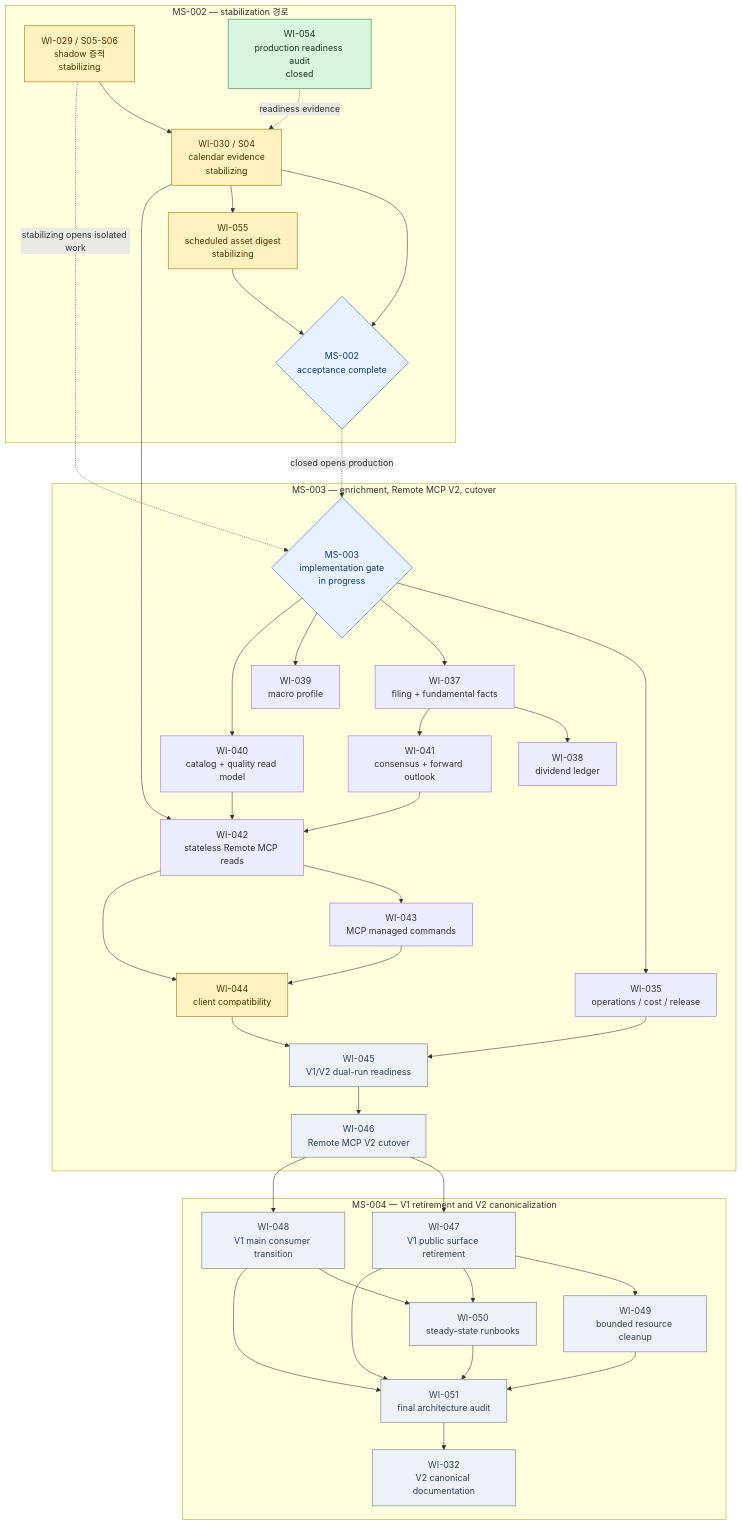
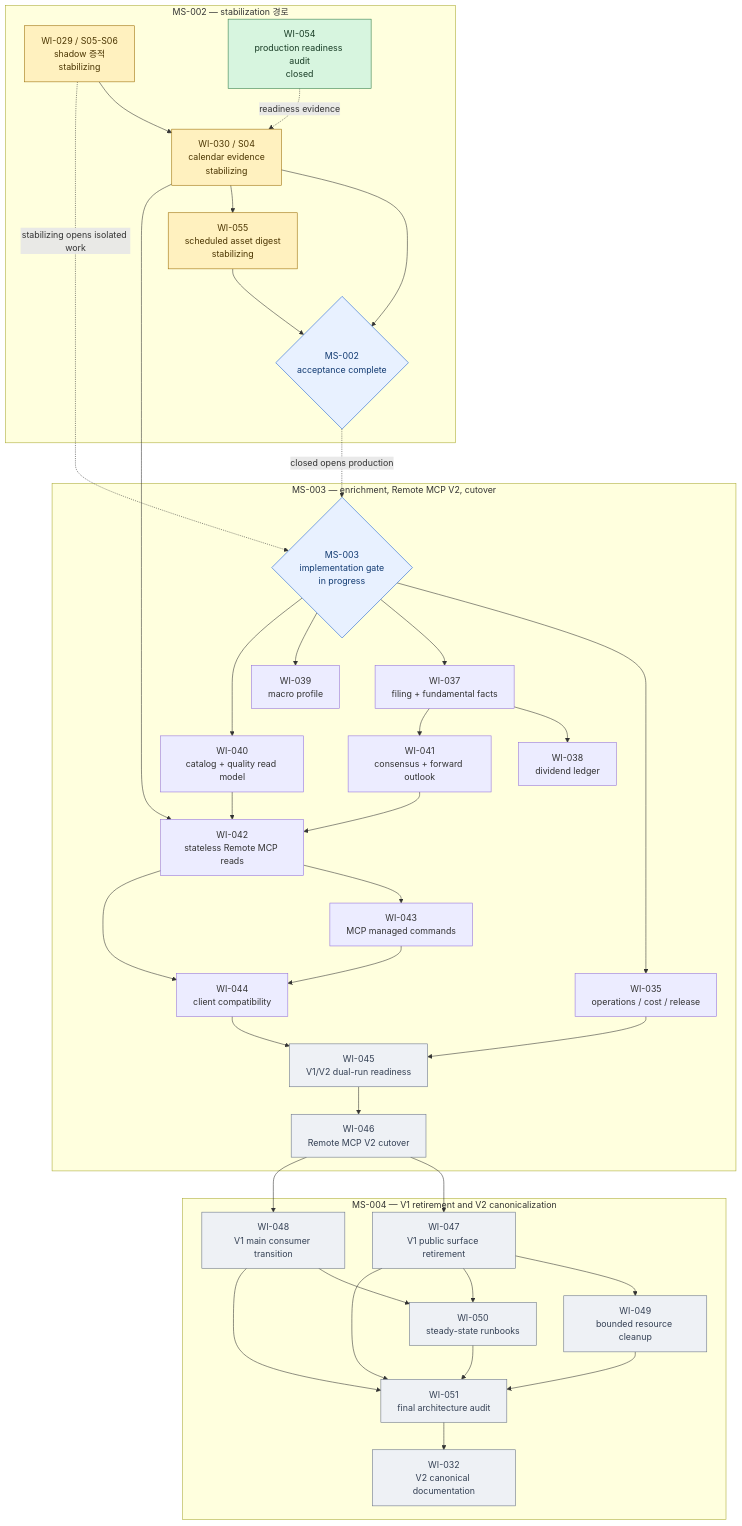
Before and after one commit to meringue5/KIS_Portfolio_MCP: the third of 3 diagrams in docs/milestones/README.md, drawn with Mermaid. The commit also changed other lines of this file and 4 other files, not shown here.

````diff
--- a/docs/milestones/README.md
+++ b/docs/milestones/README.md
@@ -144,81 +144,80 @@
 ```mermaid
 flowchart TB
     subgraph M2["MS-002 — stabilization 경로"]
         W29["WI-029 / S05-S06<br/>shadow 증적<br/>stabilizing"]
         W30["WI-030 / S04<br/>calendar evidence<br/>stabilizing"]
         W54["WI-054<br/>production readiness audit<br/>closed"]
         W55["WI-055<br/>scheduled asset digest<br/>stabilizing"]
         M2DONE{"MS-002<br/>acceptance complete"}
         W29 --> W30 --> M2DONE
         W30 --> W55 --> M2DONE
         W54 -. readiness evidence .-> W30
     end
 
     subgraph M3["MS-003 — enrichment, Remote MCP V2, cutover"]
         M3OPEN{"MS-003<br/>implementation gate<br/>in progress"}
         W35["WI-035<br/>operations / cost / release"]
         W37["WI-037<br/>filing + fundamental facts"]
         W38["WI-038<br/>dividend ledger"]
         W39["WI-039<br/>macro profile"]
         W40["WI-040<br/>catalog + quality read model"]
         W41["WI-041<br/>consensus + forward outlook"]
         W42["WI-042<br/>stateless Remote MCP reads"]
         W43["WI-043<br/>MCP managed commands"]
         W44["WI-044<br/>client compatibility"]
         W45["WI-045<br/>V1/V2 dual-run readiness"]
         W46["WI-046<br/>Remote MCP V2 cutover"]
 
         M3OPEN --> W35
         M3OPEN --> W37
         M3OPEN --> W39
         M3OPEN --> W40
         W37 --> W38
         W37 --> W41
         W30 --> W42
         W40 --> W42
         W41 --> W42
         W42 --> W43
         W42 --> W44
         W43 --> W44
         W35 --> W45
         W44 --> W45 --> W46
     end
 
     subgraph M4["MS-004 — V1 retirement and V2 canonicalization"]
         W47["WI-047<br/>V1 public surface retirement"]
         W48["WI-048<br/>V1 main consumer transition"]
         W49["WI-049<br/>bounded resource cleanup"]
         W50["WI-050<br/>steady-state runbooks"]
         W51["WI-051<br/>final architecture audit"]
         W32["WI-032<br/>V2 canonical documentation"]
 
         W46 --> W47
         W46 --> W48
         W47 --> W49
         W47 --> W50
         W48 --> W50
         W47 --> W51
         W48 --> W51
         W49 --> W51
         W50 --> W51
         W51 --> W32
     end
 
     W29 -. stabilizing opens isolated work .-> M3OPEN
     M2DONE -. closed opens production .-> M3OPEN
 
     classDef active fill:#fff1bf,stroke:#9a6b00,color:#4b3500;
     classDef closed fill:#d7f5df,stroke:#2d7a46,color:#173b24;
     classDef ready fill:#e8f1ff,stroke:#175cd3,color:#123b72;
     classDef blocked fill:#fde2e2,stroke:#b42318,color:#5b1712;
     classDef proposed fill:#eef1f5,stroke:#667085,color:#344054;
     classDef gate fill:#e8f1ff,stroke:#175cd3,color:#123b72;
     class W29,W30 active;
     class W54 closed;
     class W55 active;
     class W35,W40 verified;
-    class W44 active;
-    class W37,W38,W39,W41,W42,W43 verified;
+    class W37,W38,W39,W41,W42,W43,W44 verified;
     class W45,W46,W47,W48,W49,W50,W51,W32 proposed;
     class M2DONE,M3OPEN gate;
 ```
````
